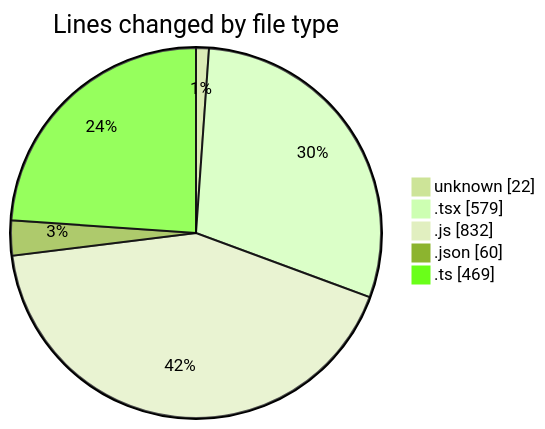
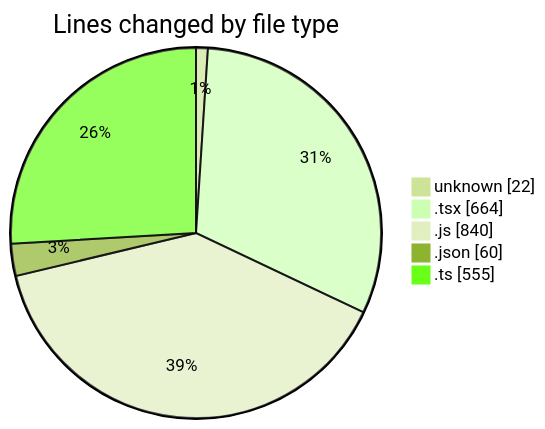
One commit to lephambinh05/code-tracking changed the first of 2 diagrams in 2025-08-07/napxuvn/README.md. Above: the diagram before and after it, drawn with Mermaid (forest theme). The commit also changed other lines of this file and 1 other file, not shown here.

````diff
--- a/2025-08-07/napxuvn/README.md
+++ b/2025-08-07/napxuvn/README.md
@@ -42,9 +46,9 @@
 ```mermaid
 pie showData
 title Lines changed by file type
 "unknown" : 22
-".tsx" : 579
-".js" : 832
+".tsx" : 664
+".js" : 840
 ".json" : 60
-".ts" : 469
+".ts" : 555
 ```
````
